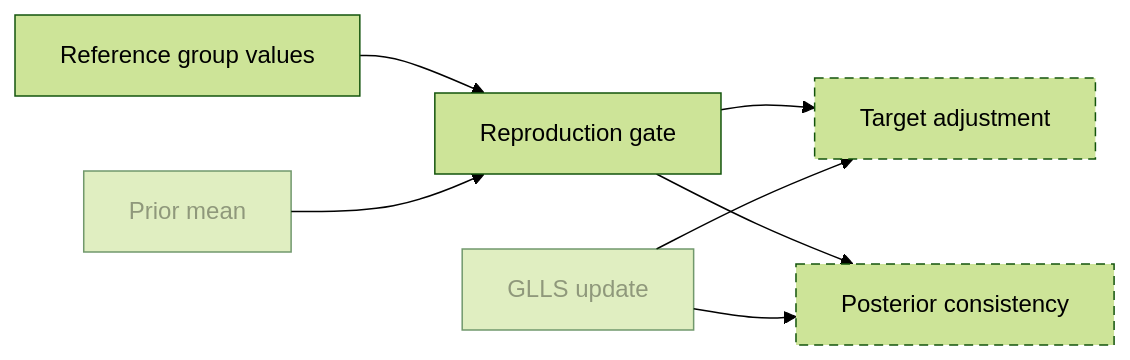
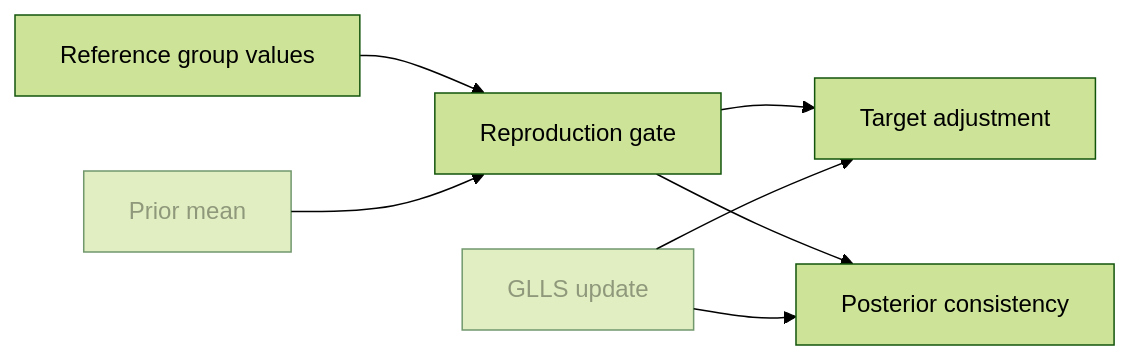
One commit to aurja130/WPEC_SG52 changed the ninth of 11 diagrams in DBC/CONCEPTS.md. Above: the diagram before and after it, drawn with Mermaid (forest theme). The commit also changed other lines of this file and 6 other files, not shown here.

````diff
--- a/DBC/CONCEPTS.md
+++ b/DBC/CONCEPTS.md
@@ -489,16 +486,14 @@
 ```mermaid
 flowchart LR
   ReferenceGroupValues["Reference group values"]
   ReproductionGate["Reproduction gate"]
   TargetAdjustment["Target adjustment"]
   PosteriorConsistency["Posterior consistency"]
   PriorMean["Prior mean"]
   Glls["GLLS update"]
   ReferenceGroupValues & PriorMean --> ReproductionGate
   ReproductionGate --> TargetAdjustment & PosteriorConsistency
   Glls --> TargetAdjustment & PosteriorConsistency
-  classDef planned stroke-dasharray: 6 4
   classDef external opacity: 0.6
-  class TargetAdjustment,PosteriorConsistency planned
   class PriorMean,Glls external
 ```
````
